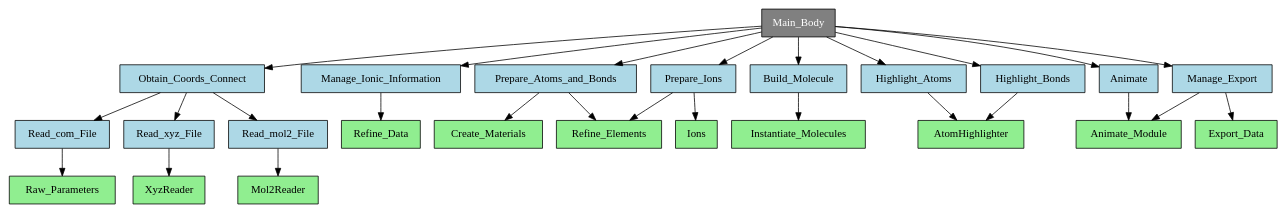
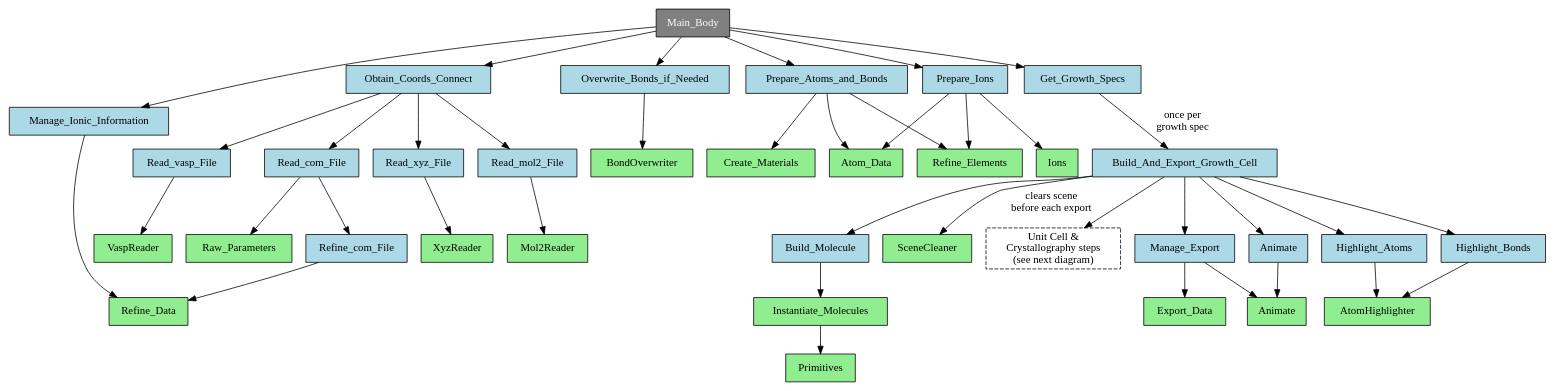
One commit to eecheve/Gaussian-2-Blender changed the second of 5 diagrams in docs/components.rst. Above: the diagram before and after it, drawn with Graphviz. The commit also changed other lines of this file and 13 other files, not shown here.

```diff
--- a/docs/components.rst
+++ b/docs/components.rst
@@ -57,61 +69,89 @@
 .. graphviz::
 
-   digraph API {
+   digraph API_Core {
        node [shape=box, style=filled];
 
        Main_Body [fillcolor=gray, fontcolor=white, color=black, style=filled, shape=box];
 
        Obtain_Coords_Connect [fillcolor=lightblue];
+       Overwrite_Bonds_if_Needed [fillcolor=lightblue];
        Manage_Ionic_Information [fillcolor=lightblue];
        Prepare_Atoms_and_Bonds [fillcolor=lightblue];
        Prepare_Ions [fillcolor=lightblue];
+       Get_Growth_Specs [fillcolor=lightblue];
+       Build_And_Export_Growth_Cell [fillcolor=lightblue];
+       Read_com_File [fillcolor=lightblue];
+       Refine_com_File [fillcolor=lightblue];
+       Read_xyz_File [fillcolor=lightblue];
+       Read_mol2_File [fillcolor=lightblue];
+       Read_vasp_File [fillcolor=lightblue];
        Build_Molecule [fillcolor=lightblue];
        Highlight_Atoms [fillcolor=lightblue];
        Highlight_Bonds [fillcolor=lightblue];
        Animate [fillcolor=lightblue];
        Manage_Export [fillcolor=lightblue];
-       Read_com_File [fillcolor=lightblue];
-       Read_xyz_File [fillcolor=lightblue];
-       Read_mol2_File [fillcolor=lightblue];
 
        Raw_Parameters [fillcolor=lightgreen];
+       Refine_Data [fillcolor=lightgreen];
        XyzReader [fillcolor=lightgreen];
        Mol2Reader [fillcolor=lightgreen];
-       Refine_Data [fillcolor=lightgreen];
+       VaspReader [fillcolor=lightgreen];
+       BondOverwriter [fillcolor=lightgreen];
        Refine_Elements [fillcolor=lightgreen];
+       Atom_Data [fillcolor=lightgreen];
        Create_Materials [fillcolor=lightgreen];
        Ions [fillcolor=lightgreen];
        Instantiate_Molecules [fillcolor=lightgreen];
+       Primitives [fillcolor=lightgreen];
        AtomHighlighter [fillcolor=lightgreen];
-       Animate_Module [fillcolor=lightgreen];
+       Animate_Module [label="Animate", fillcolor=lightgreen];
+       SceneCleaner [fillcolor=lightgreen];
        Export_Data [fillcolor=lightgreen];
 
+       UnitCell_Crystallography [label="Unit Cell &\nCrystallography steps\n(see next diagram)",
+                                  shape=box, style="filled,dashed", fillcolor=white];
+
        Main_Body -> Obtain_Coords_Connect;
+       Main_Body -> Overwrite_Bonds_if_Needed;
        Main_Body -> Manage_Ionic_Information;
        Main_Body -> Prepare_Atoms_and_Bonds;
        Main_Body -> Prepare_Ions;
-       Main_Body -> Build_Molecule;
-       Main_Body -> Highlight_Atoms;
-       Main_Body -> Highlight_Bonds;
-       Main_Body -> Animate;
-       Main_Body -> Manage_Export;
+       Main_Body -> Get_Growth_Specs;
+       Get_Growth_Specs -> Build_And_Export_Growth_Cell [label="once per\ngrowth spec"];
 
        Obtain_Coords_Connect -> Read_com_File;
        Obtain_Coords_Connect -> Read_xyz_File;
        Obtain_Coords_Connect -> Read_mol2_File;
+       Obtain_Coords_Connect -> Read_vasp_File;
+       Read_com_File -> Refine_com_File;
        Read_com_File -> Raw_Parameters;
+       Refine_com_File -> Refine_Data;
        Read_xyz_File -> XyzReader;
        Read_mol2_File -> Mol2Reader;
+       Read_vasp_File -> VaspReader;
+
+       Overwrite_Bonds_if_Needed -> BondOverwriter;
 
        Manage_Ionic_Information -> Refine_Data;
 
        Prepare_Atoms_and_Bonds -> Refine_Elements;
+       Prepare_Atoms_and_Bonds -> Atom_Data;
        Prepare_Atoms_and_Bonds -> Create_Materials;
 
        Prepare_Ions -> Refine_Elements;
+       Prepare_Ions -> Atom_Data;
        Prepare_Ions -> Ions;
 
+       Build_And_Export_Growth_Cell -> SceneCleaner [label="clears scene\nbefore each export"];
+       Build_And_Export_Growth_Cell -> Build_Molecule;
+       Build_And_Export_Growth_Cell -> Highlight_Atoms;
+       Build_And_Export_Growth_Cell -> Highlight_Bonds;
+       Build_And_Export_Growth_Cell -> Animate;
+       Build_And_Export_Growth_Cell -> Manage_Export;
+       Build_And_Export_Growth_Cell -> UnitCell_Crystallography;
+
        Build_Molecule -> Instantiate_Molecules;
+       Instantiate_Molecules -> Primitives;
 
        Highlight_Atoms -> AtomHighlighter;
        Highlight_Bonds -> AtomHighlighter;
```
